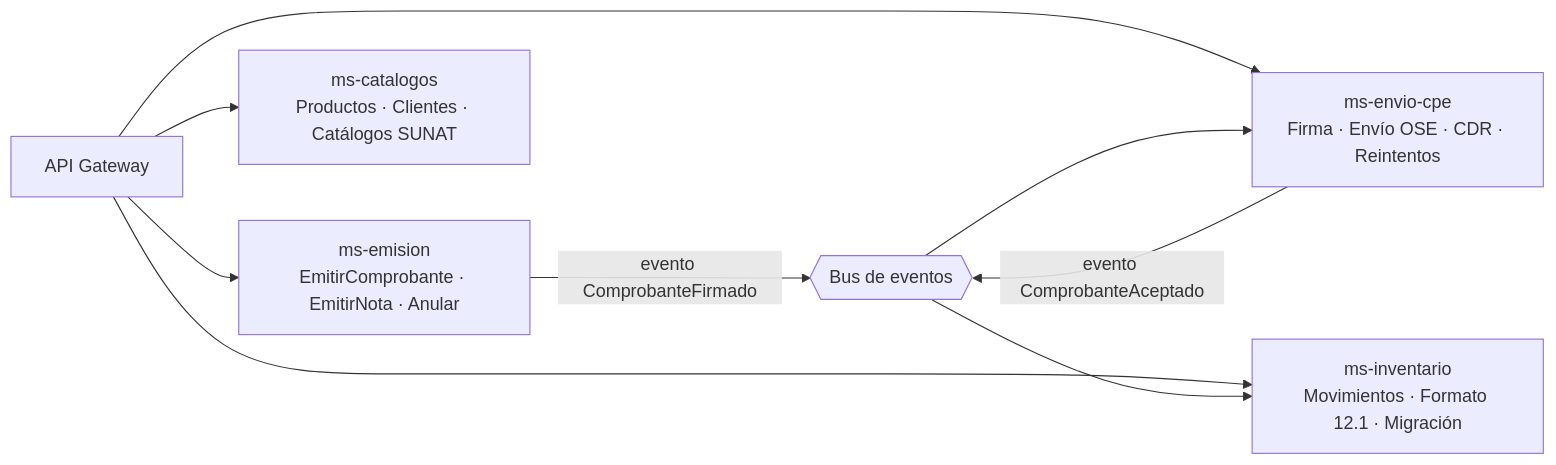
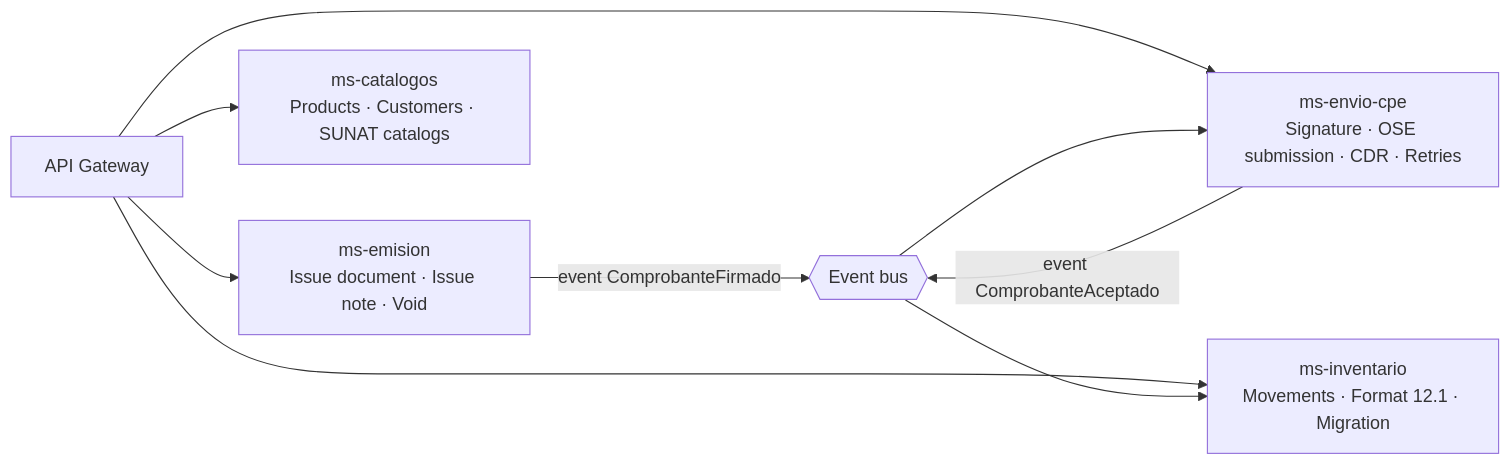
The fifth of 5 diagrams in specs/03-arquitectura/arquitectura.md (lourdesxiomara/MEDIOCURSO), drawn with Mermaid before and after one commit. The commit also changed other lines of this file, not shown here.

````diff
--- a/specs/03-arquitectura/arquitectura.md
+++ b/specs/03-arquitectura/arquitectura.md
@@ -200,12 +200,12 @@
 ```mermaid
 flowchart LR
   GW[API Gateway] --> MS1 & MS2 & MS3 & MS4
-  MS1[ms-emision<br/>EmitirComprobante · EmitirNota · Anular]
-  MS2[ms-catalogos<br/>Productos · Clientes · Catálogos SUNAT]
-  MS3[ms-envio-cpe<br/>Firma · Envío OSE · CDR · Reintentos]
-  MS4[ms-inventario<br/>Movimientos · Formato 12.1 · Migración]
-  MS1 -- evento ComprobanteFirmado --> BUS{{Bus de eventos}}
+  MS1[ms-emision<br/>Issue document · Issue note · Void]
+  MS2[ms-catalogos<br/>Products · Customers · SUNAT catalogs]
+  MS3[ms-envio-cpe<br/>Signature · OSE submission · CDR · Retries]
+  MS4[ms-inventario<br/>Movements · Format 12.1 · Migration]
+  MS1 -- event ComprobanteFirmado --> BUS{{Event bus}}
   BUS --> MS3
-  MS3 -- evento ComprobanteAceptado --> BUS
+  MS3 -- event ComprobanteAceptado --> BUS
   BUS --> MS4
 ```
````
